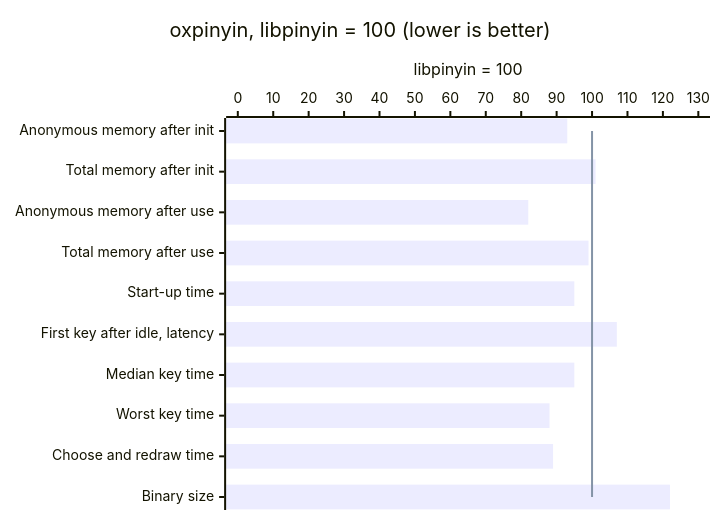
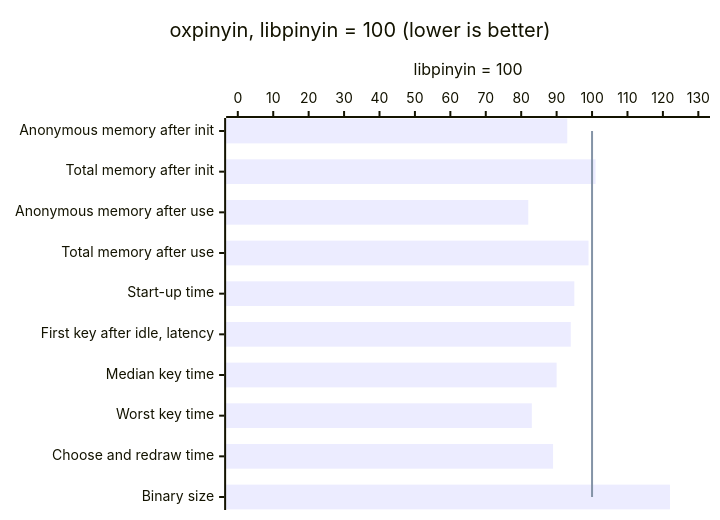
One commit to shenghaoc/oxpinyin changed the diagram in README.md. Above: the diagram before and after it, drawn with Mermaid. The commit also changed 3 other files, not shown here.

````diff
--- a/README.md
+++ b/README.md
@@ -11,8 +11,8 @@
 ```mermaid
 xychart-beta horizontal
     title "oxpinyin, libpinyin = 100 (lower is better)"
     x-axis ["Anonymous memory after init", "Total memory after init", "Anonymous memory after use", "Total memory after use", "Start-up time", "First key after idle, latency", "Median key time", "Worst key time", "Choose and redraw time", "Binary size"]
     y-axis "libpinyin = 100" 0 --> 130
-    bar [93, 101, 82, 99, 95, 107, 95, 88, 89, 122]
+    bar [93, 101, 82, 99, 95, 94, 90, 83, 89, 122]
     line [100, 100, 100, 100, 100, 100, 100, 100, 100, 100]
 ```
````
